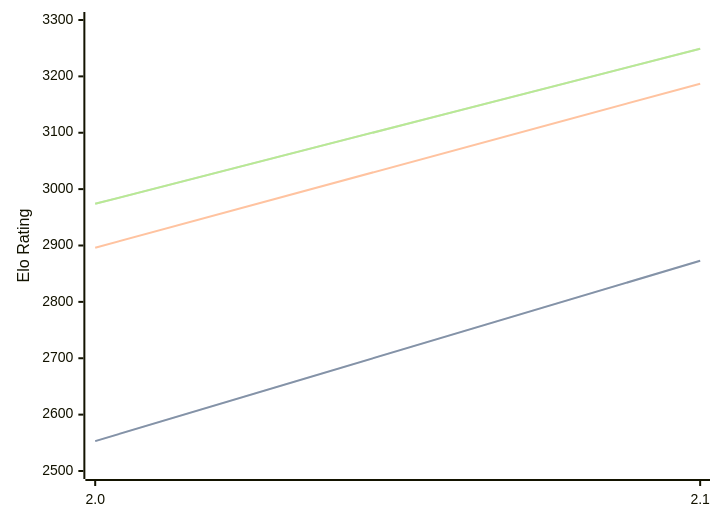
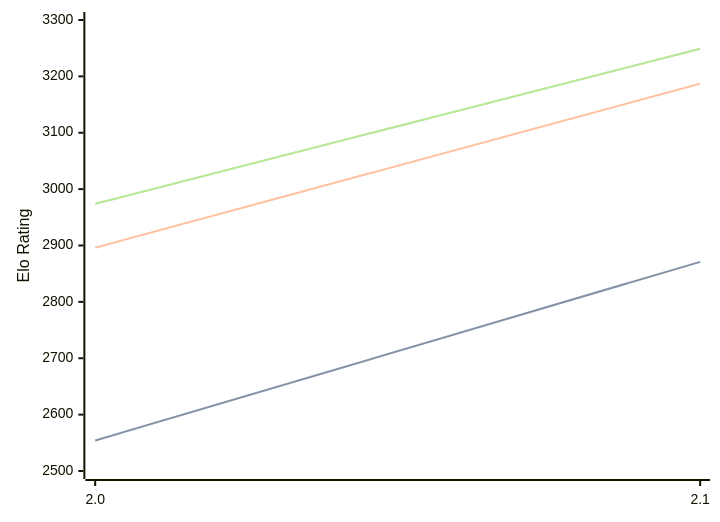
Before and after one commit to computer-chess-index/cci: the diagram in engines/Tunguska.md, drawn with Mermaid. The commit also changed other lines of this file, not shown here.

````diff
--- a/engines/Tunguska.md
+++ b/engines/Tunguska.md
@@ -32,11 +32,11 @@
 ```mermaid
 %%{init: {"theme":"base","themeVariables":{"seriesColors:['#a3a3a3','#222221','#faa371']}}}%%
 xychart-beta
   x-axis ["2.0", "2.1"]
   y-axis "Elo Rating" 2500 --> 3300
-  line "STC (8.0+0.08s)" [2553, 2873]
-  line "STC (8.0+0.08s)" [2553, 2873]
+  line "STC (8.0+0.08s)" [2554, 2871]
+  line "STC (8.0+0.08s)" [2554, 2871]
   line "LTC (60.0+0.60s)" [2896, 3187]
   line "VLTC (2m24s+1.12s)" [2974, 3249]
   line "VLTC (2m24s+1.12s)" [2974, 3249]
 ```
````
